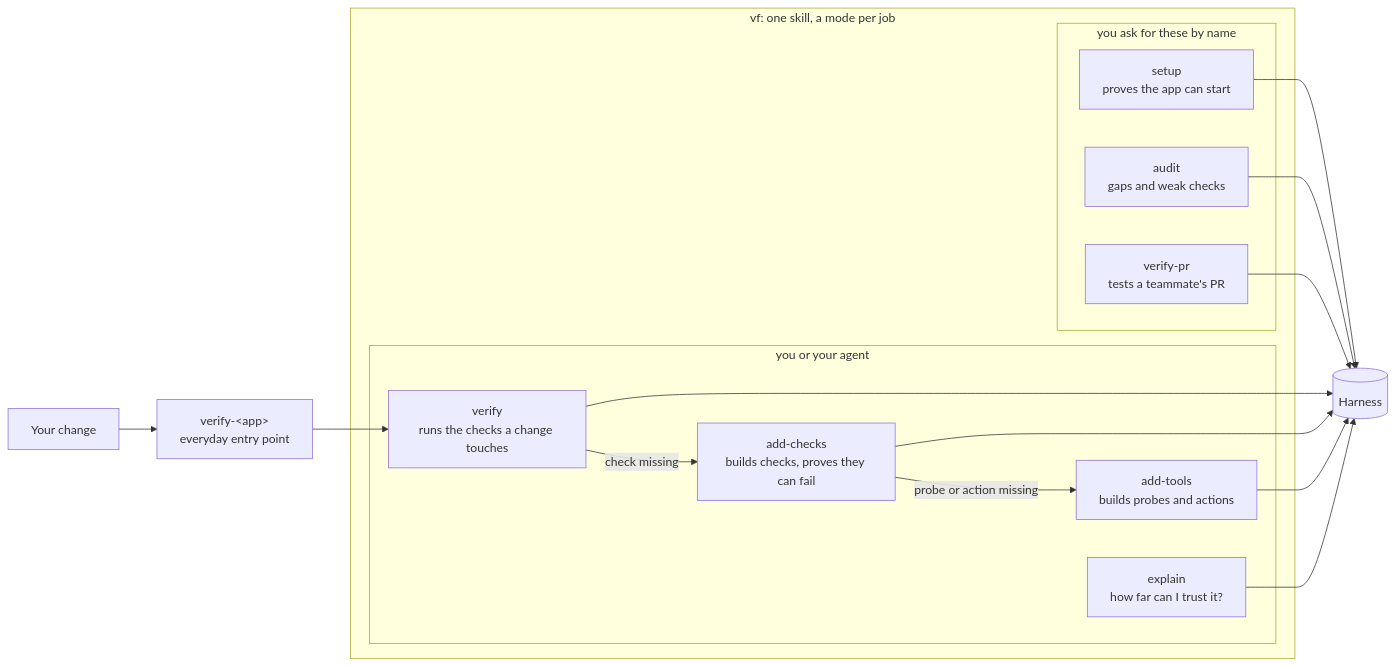
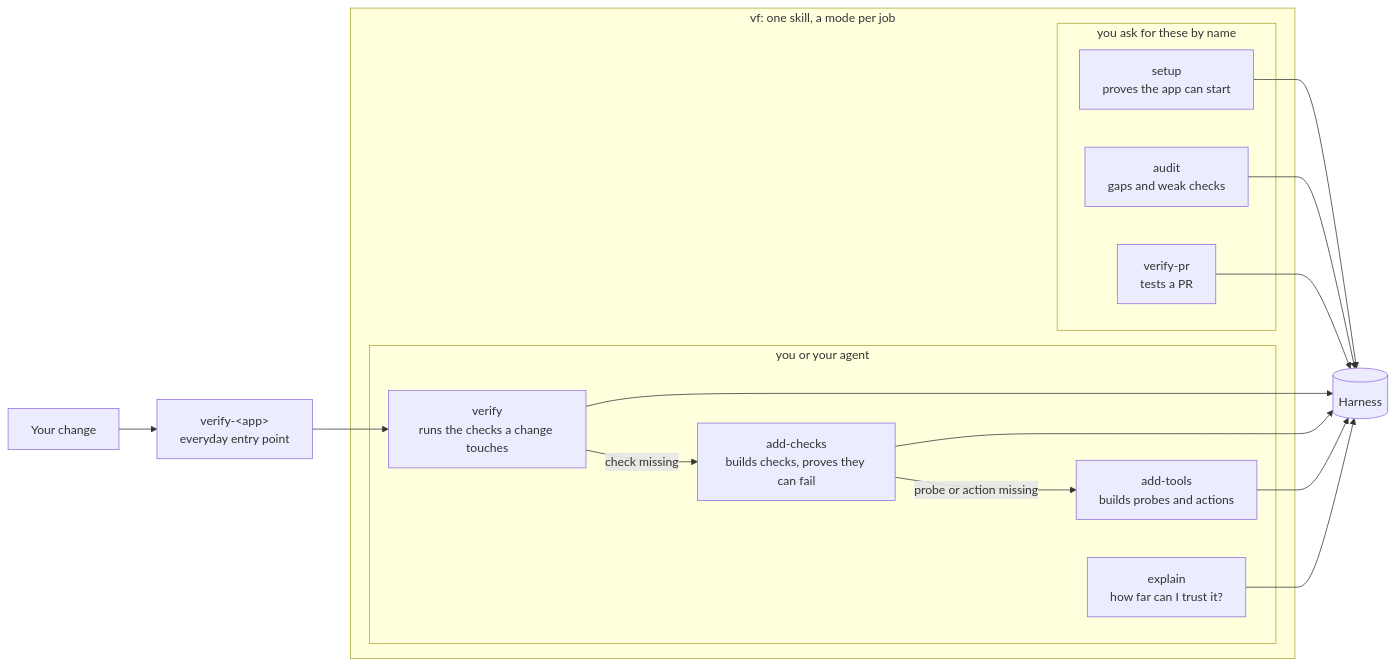
Before and after one commit to kennymatsudo/verification-framework: the diagram in USAGE.md, drawn with Mermaid. The commit also changed other lines of this file and 20 other files, not shown here.

````diff
--- a/USAGE.md
+++ b/USAGE.md
@@ -118,21 +118,21 @@
 ```mermaid
 flowchart LR
   subgraph vf[vf: one skill, a mode per job]
     subgraph person[you ask for these by name]
       setup[setup<br/>proves the app can start]
       audit[audit<br/>gaps and weak checks]
-      pr[verify-pr<br/>tests a teammate's PR]
+      pr[verify-pr<br/>tests a PR]
     end
     subgraph agent[you or your agent]
       verify[verify<br/>runs the checks a change touches]
       build[add-checks<br/>builds checks, proves they can fail]
       tools[add-tools<br/>builds probes and actions]
       explain[explain<br/>how far can I trust it?]
       verify -->|check missing| build
       build -->|probe or action missing| tools
     end
   end
   you[Your change] --> app[verify-&lt;app&gt;<br/>everyday entry point] --> verify
   harness[(Harness)]
   setup & audit & pr & verify & build & tools & explain --> harness
 ```
````
